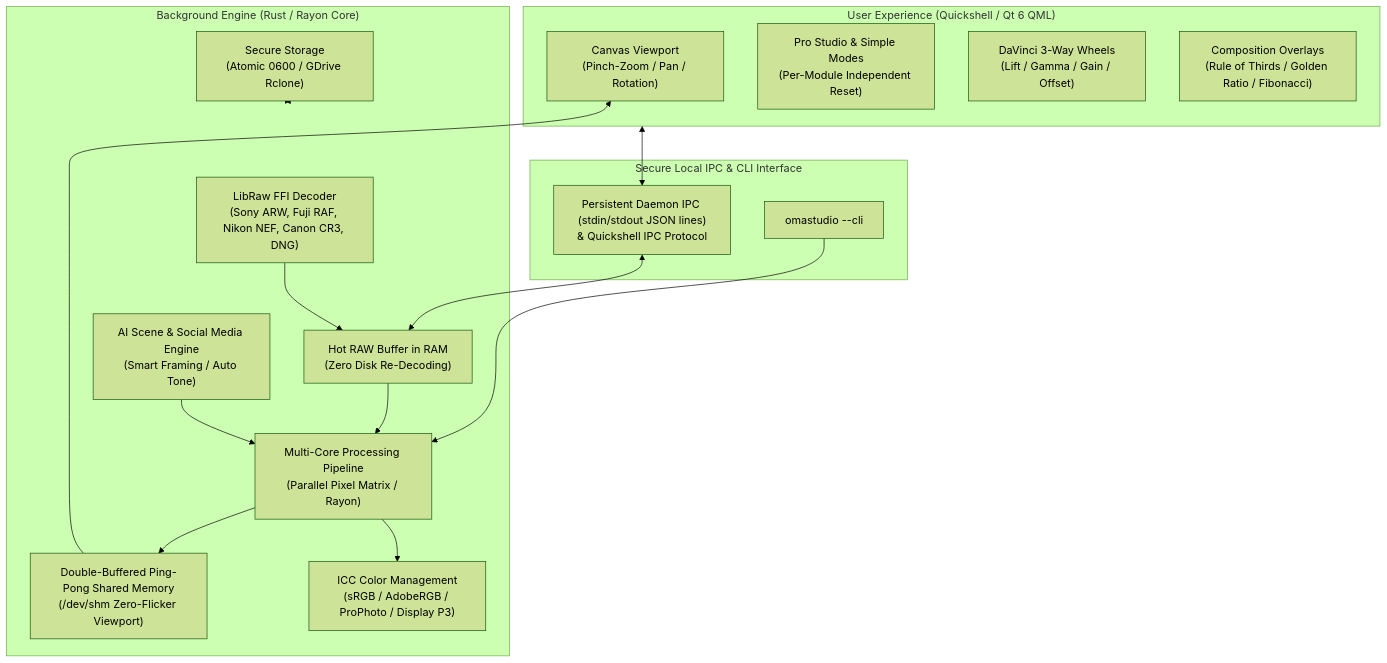
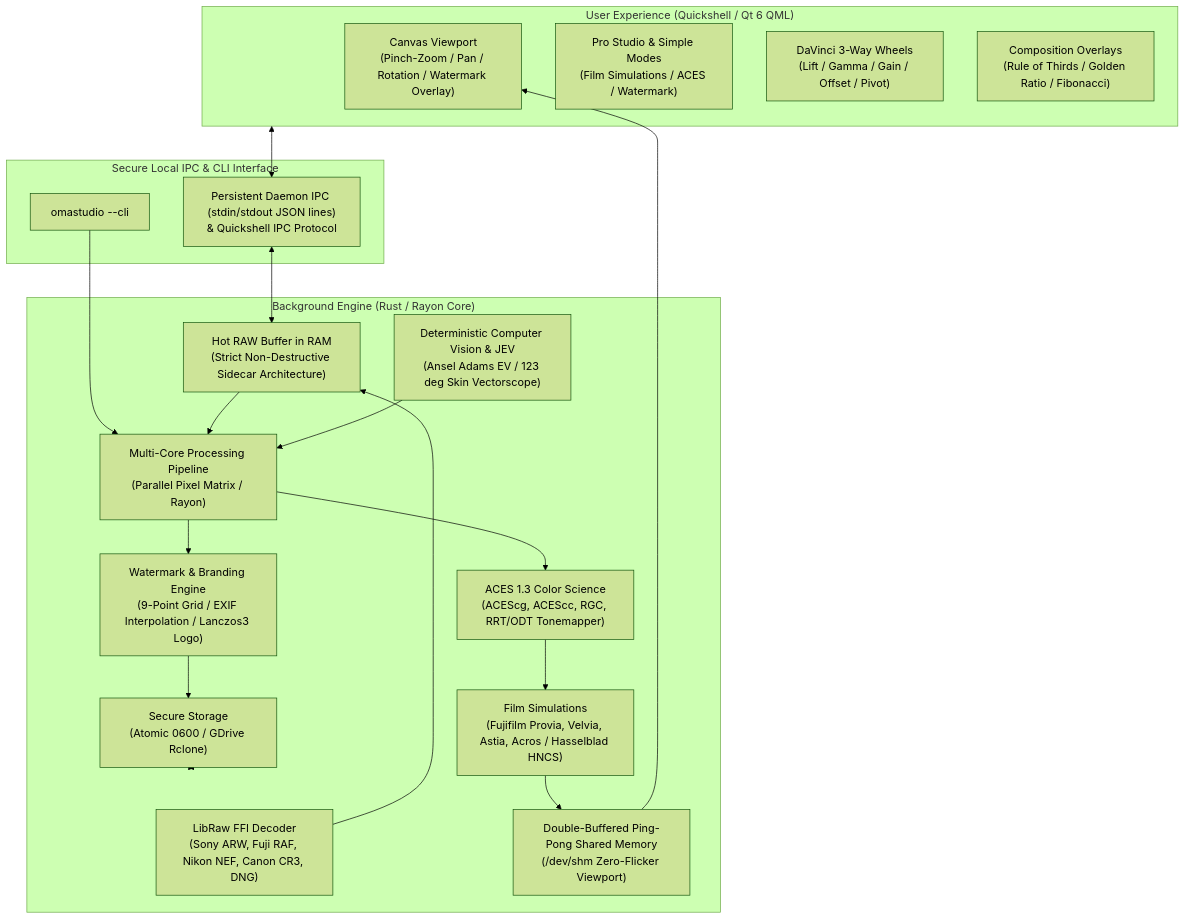
Before and after one commit to ozdil/omarchy-omastudio: the first of 2 diagrams in README.md, drawn with Mermaid (forest theme). The commit also changed other lines of this file and 21 other files, not shown here.

Commit message:
feat(engine): integrate ACES 1.3, film simulations, watermarking, and offline AI pipeline

````diff
--- a/README.md
+++ b/README.md
@@ -27,35 +27,40 @@
 ```mermaid
 graph TD
     subgraph UI [" User Experience (Quickshell / Qt 6 QML)"]
-        Viewport["Canvas Viewport<br/>(Pinch-Zoom / Pan / Rotation)"]
-        Inspector["Pro Studio & Simple Modes<br/>(Per-Module Independent Reset)"]
-        Wheels["DaVinci 3-Way Wheels<br/>(Lift / Gamma / Gain / Offset)"]
+        Viewport["Canvas Viewport<br/>(Pinch-Zoom / Pan / Rotation / Watermark Overlay)"]
+        Inspector["Pro Studio & Simple Modes<br/>(Film Simulations / ACES / Watermark)"]
+        Wheels["DaVinci 3-Way Wheels<br/>(Lift / Gamma / Gain / Offset / Pivot)"]
         CropTool["Composition Overlays<br/>(Rule of Thirds / Golden Ratio / Fibonacci)"]
     end
 
     subgraph IPC [" Secure Local IPC & CLI Interface"]
         CLI["omastudio --cli"]
         Sock["Persistent Daemon IPC (stdin/stdout JSON lines)<br/>& Quickshell IPC Protocol"]
     end
 
     subgraph Engine [" Background Engine (Rust / Rayon Core)"]
         Decoders["LibRaw FFI Decoder<br/>(Sony ARW, Fuji RAF, Nikon NEF, Canon CR3, DNG)"]
-        RAMCache["Hot RAW Buffer in RAM<br/>(Zero Disk Re-Decoding)"]
+        RAMCache["Hot RAW Buffer in RAM<br/>(Strict Non-Destructive Sidecar Architecture)"]
         Pipeline["Multi-Core Processing Pipeline<br/>(Parallel Pixel Matrix / Rayon)"]
+        ACES["ACES 1.3 Color Science<br/>(ACEScg, ACEScc, RGC, RRT/ODT Tonemapper)"]
+        FilmSim["Film Simulations<br/>(Fujifilm Provia, Velvia, Astia, Acros / Hasselblad HNCS)"]
+        WatermarkEngine["Watermark & Branding Engine<br/>(9-Point Grid / EXIF Interpolation / Lanczos3 Logo)"]
         ShmPingPong["Double-Buffered Ping-Pong Shared Memory<br/>(/dev/shm Zero-Flicker Viewport)"]
-        ColorEngine["ICC Color Management<br/>(sRGB / AdobeRGB / ProPhoto / Display P3)"]
-        AIEngine["AI Scene & Social Media Engine<br/>(Smart Framing / Auto Tone)"]
+        AIEngine["Deterministic Computer Vision & JEV<br/>(Ansel Adams EV / 123 deg Skin Vectorscope)"]
         Storage["Secure Storage<br/>(Atomic 0600 / GDrive Rclone)"]
     end
 
     UI <--> Sock
     CLI --> Pipeline
     Sock <--> RAMCache
     Decoders --> RAMCache
     RAMCache --> Pipeline
-    Pipeline --> ShmPingPong
+    Pipeline --> ACES
+    ACES --> FilmSim
+    FilmSim --> ShmPingPong
     ShmPingPong --> Viewport
-    Pipeline --> ColorEngine
     AIEngine --> Pipeline
+    Pipeline --> WatermarkEngine
+    WatermarkEngine --> Storage
     Storage <--> Engine
 ```
````
